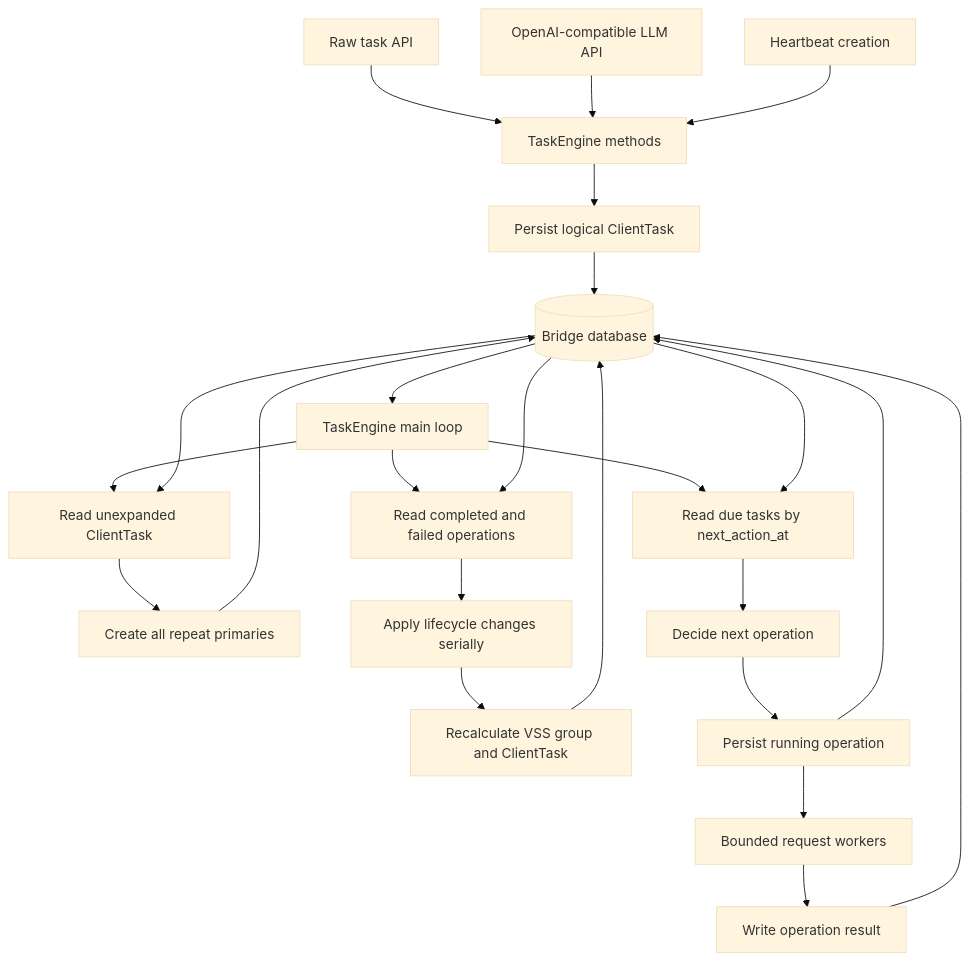
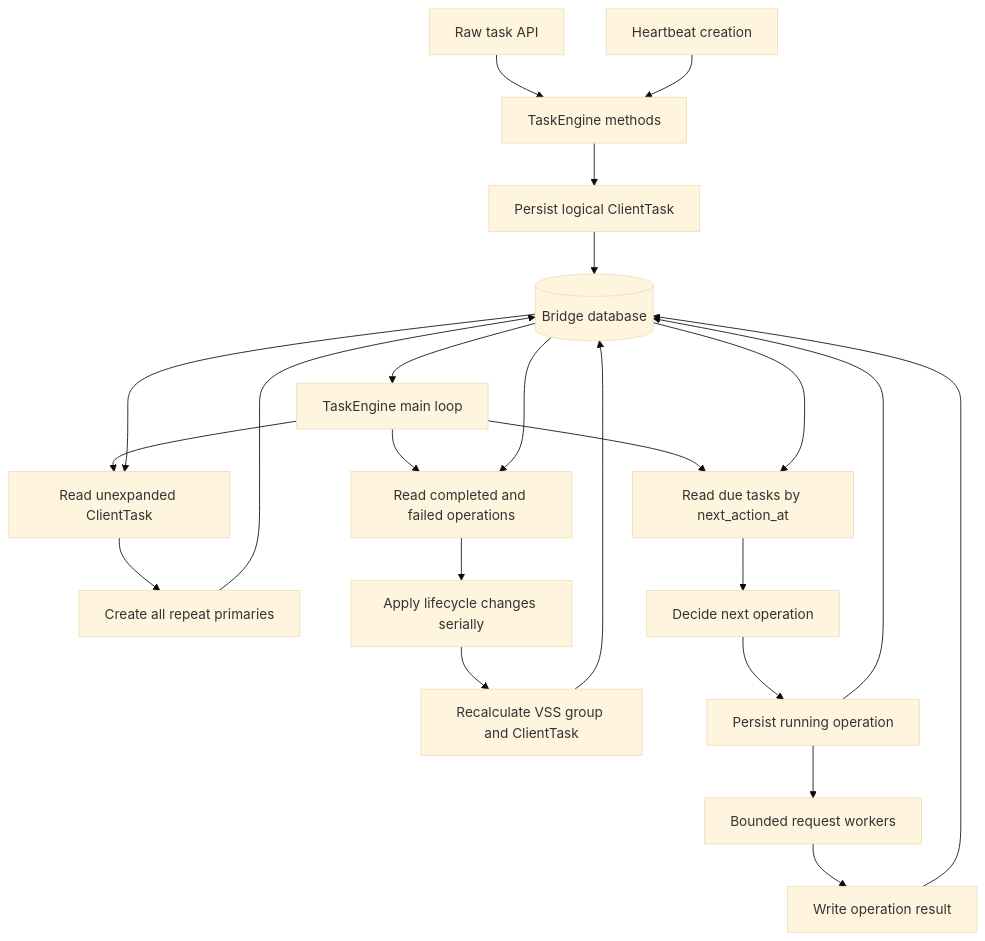
The diagram in docs/task_engine.md (crynux-network/crynux-bridge), drawn with Mermaid (base theme) before and after one commit. The commit also changed other lines of this file and 45 other files, not shown here.

Commit message:
fix. clear old llm api and task args struct

````diff
--- a/docs/task_engine.md
+++ b/docs/task_engine.md
@@ -194,29 +186,28 @@
 ```mermaid
 flowchart TD
     RawAPI[Raw task API] --> TaskEngineAPI[TaskEngine methods]
-    OpenAIAPI[OpenAI-compatible LLM API] --> TaskEngineAPI
     Heartbeat[Heartbeat creation] --> TaskEngineAPI
     TaskEngineAPI --> CreateTx[Persist logical ClientTask]
     CreateTx --> DB[(Bridge database)]
 
     MainLoop[TaskEngine main loop] --> ExpansionQuery[Read unexpanded ClientTask]
     DB --> ExpansionQuery
     ExpansionQuery --> CreateRepeats[Create all repeat primaries]
     CreateRepeats --> DB
 
     MainLoop --> ResultQuery[Read completed and failed operations]
     DB --> ResultQuery
     ResultQuery --> ApplyResult[Apply lifecycle changes serially]
     ApplyResult --> Recalculate[Recalculate VSS group and ClientTask]
     Recalculate --> DB
 
     MainLoop --> DueQuery[Read due tasks by next_action_at]
     DB --> DueQuery
     DueQuery --> Decide[Decide next operation]
     Decide --> MarkRunning[Persist running operation]
     MarkRunning --> DB
     MarkRunning --> IOWorkers[Bounded request workers]
     IOWorkers --> WriteResult[Write operation result]
     WriteResult --> DB
     DB --> MainLoop
 ```
````
